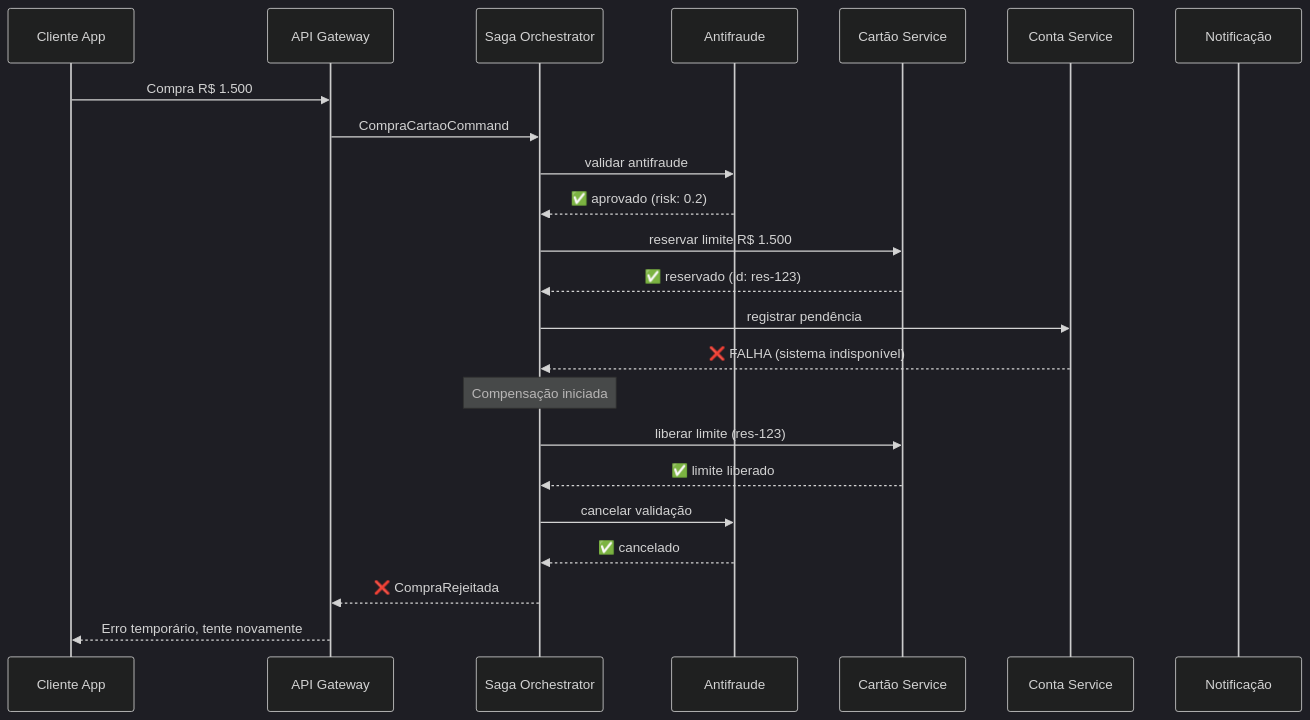
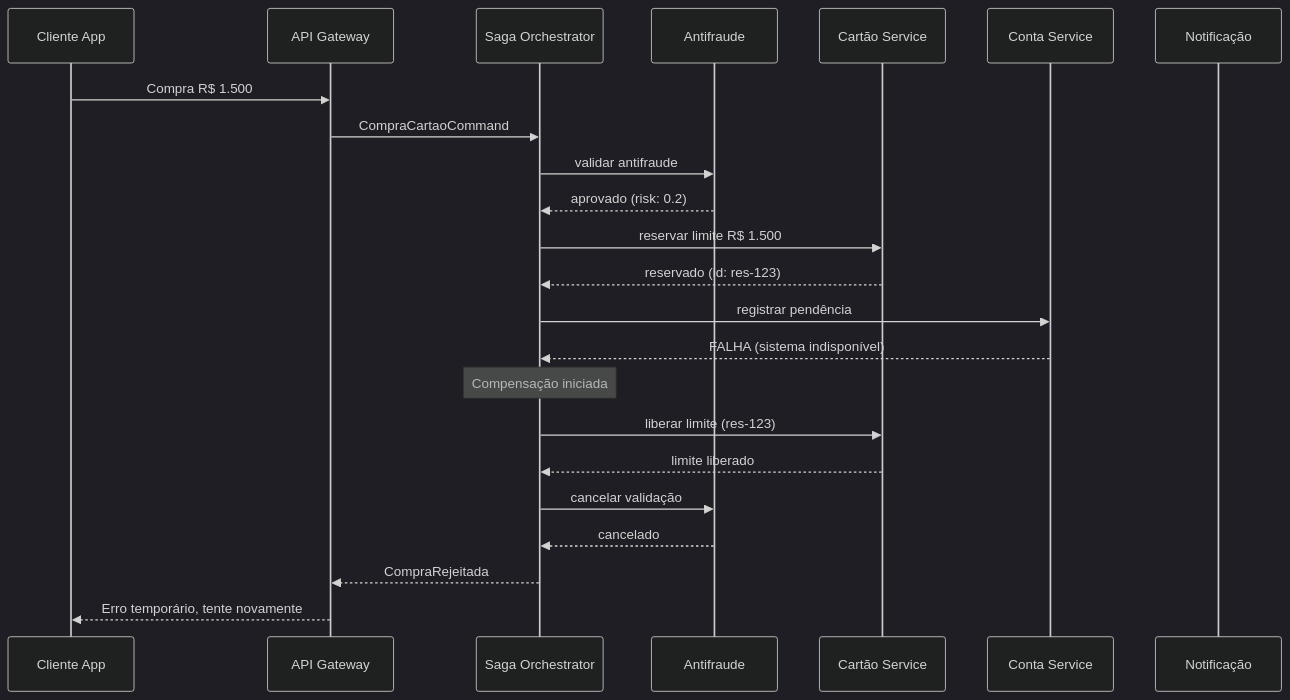
One commit to rafaelsdiasdev/rafaelsdias.dev changed the second of 3 diagrams in src/content/blog/consistencia-observabilidade-sistemas-distribuidos.md. Above: the diagram before and after it, drawn with Mermaid (dark theme). The commit also changed other lines of this file and 5 other files, not shown here.

````diff
--- a/src/content/blog/consistencia-observabilidade-sistemas-distribuidos.md
+++ b/src/content/blog/consistencia-observabilidade-sistemas-distribuidos.md
@@ -237,33 +237,33 @@
 ```mermaid
 sequenceDiagram
     participant Cliente as Cliente App
     participant API as API Gateway
     participant SAGA as Saga Orchestrator
     participant AF as Antifraude
     participant CARTAO as Cartão Service
     participant CONTA as Conta Service
     participant NOTIF as Notificação
     
     Cliente->>API: Compra R$ 1.500
     API->>SAGA: CompraCartaoCommand
     
     SAGA->>AF: validar antifraude
-    AF-->>SAGA: ✅ aprovado (risk: 0.2)
+    AF-->>SAGA: aprovado (risk: 0.2)
     
     SAGA->>CARTAO: reservar limite R$ 1.500
-    CARTAO-->>SAGA: ✅ reservado (id: res-123)
+    CARTAO-->>SAGA: reservado (id: res-123)
     
     SAGA->>CONTA: registrar pendência
-    CONTA-->>SAGA: ❌ FALHA (sistema indisponível)
+    CONTA-->>SAGA: FALHA (sistema indisponível)
     
     Note over SAGA: Compensação iniciada
     
     SAGA->>CARTAO: liberar limite (res-123)
-    CARTAO-->>SAGA: ✅ limite liberado
+    CARTAO-->>SAGA: limite liberado
     
     SAGA->>AF: cancelar validação
-    AF-->>SAGA: ✅ cancelado
+    AF-->>SAGA: cancelado
     
-    SAGA-->>API: ❌ CompraRejeitada
+    SAGA-->>API: CompraRejeitada
     API-->>Cliente: Erro temporário, tente novamente
 ```
````
